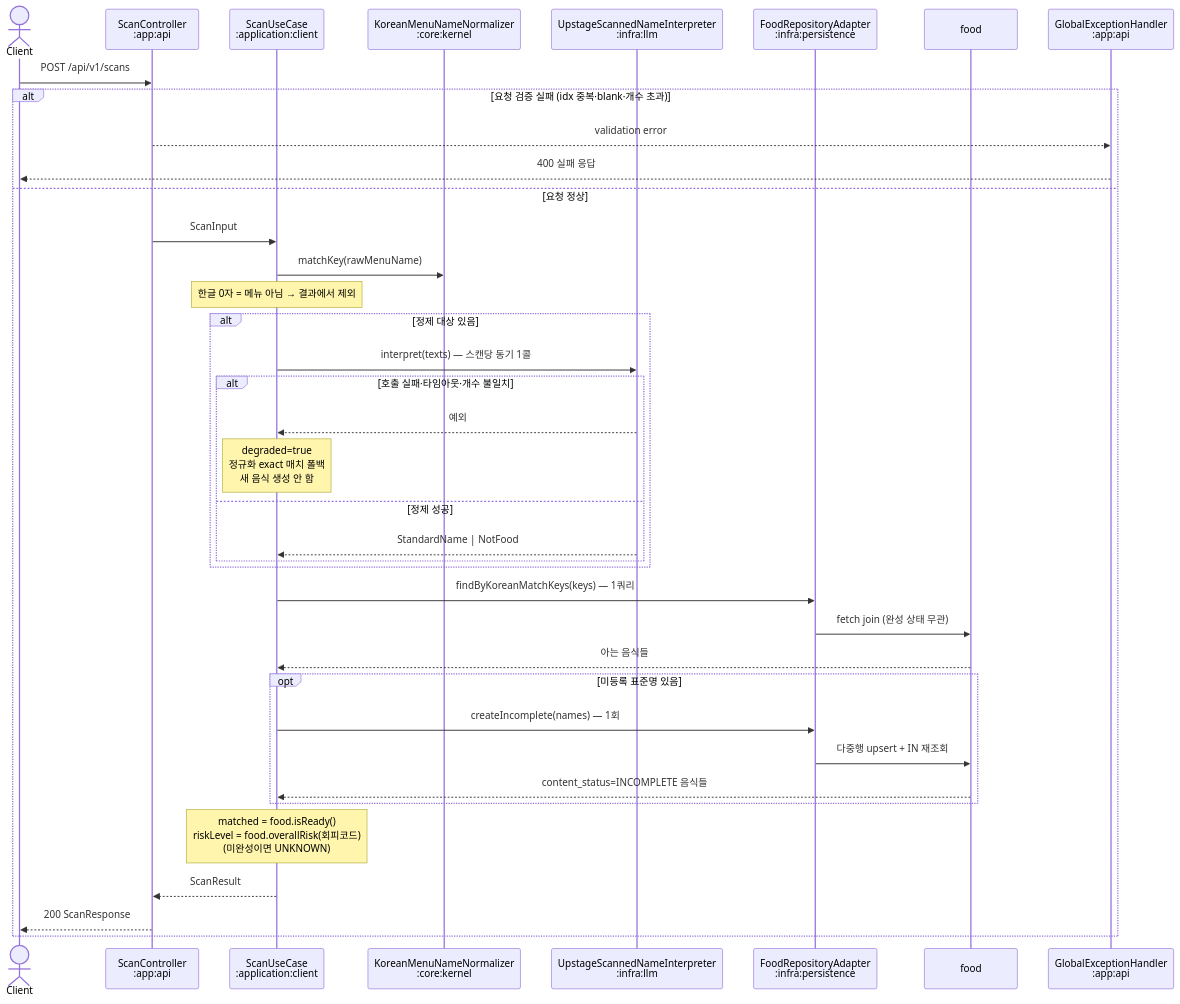
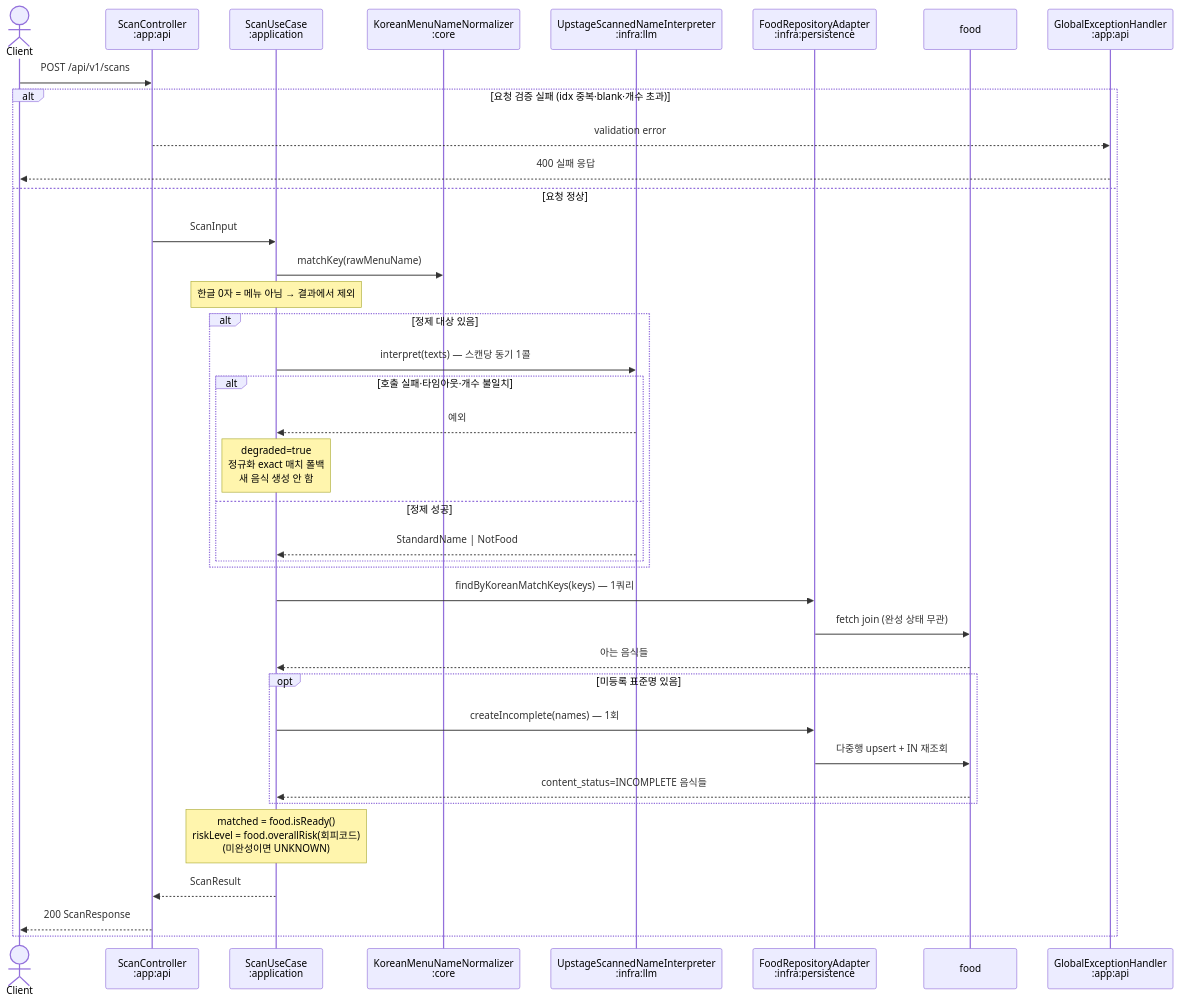
Before and after one commit to team-skyjs/kbap-server: the third of 3 diagrams in docs/architecture/api-request-flows.md, drawn with Mermaid. The commit also changed other lines of this file and 597 other files, not shown here.

First line of the commit message:
refactor(architecture): persistence 해체·port 폐기·연관관계 제거 + 프로젝트 kbap 리네임 (#54)

````diff
--- a/docs/architecture/api-request-flows.md
+++ b/docs/architecture/api-request-flows.md
@@ -106,45 +106,45 @@
 ```mermaid
 sequenceDiagram
     actor Client
     participant Controller as ScanController<br/>:app:api
-    participant UseCase as ScanUseCase<br/>:application:client
-    participant Kernel as KoreanMenuNameNormalizer<br/>:core:kernel
+    participant UseCase as ScanUseCase<br/>:application
+    participant Kernel as KoreanMenuNameNormalizer<br/>:core
     participant Llm as UpstageScannedNameInterpreter<br/>:infra:llm
     participant Persistence as FoodRepositoryAdapter<br/>:infra:persistence
     participant DB as food
     participant Error as GlobalExceptionHandler<br/>:app:api
 
     Client->>Controller: POST /api/v1/scans
     alt 요청 검증 실패 (idx 중복·blank·개수 초과)
         Controller-->>Error: validation error
         Error-->>Client: 400 실패 응답
     else 요청 정상
         Controller->>UseCase: ScanInput
         UseCase->>Kernel: matchKey(rawMenuName)
         Note over UseCase: 한글 0자 = 메뉴 아님 → 결과에서 제외
 
         alt 정제 대상 있음
             UseCase->>Llm: interpret(texts) — 스캔당 동기 1콜
             alt 호출 실패·타임아웃·개수 불일치
                 Llm-->>UseCase: 예외
                 Note over UseCase: degraded=true<br/>정규화 exact 매치 폴백<br/>새 음식 생성 안 함
             else 정제 성공
                 Llm-->>UseCase: StandardName | NotFood
             end
         end
 
         UseCase->>Persistence: findByKoreanMatchKeys(keys) — 1쿼리
         Persistence->>DB: fetch join (완성 상태 무관)
         DB-->>UseCase: 아는 음식들
 
         opt 미등록 표준명 있음
             UseCase->>Persistence: createIncomplete(names) — 1회
             Persistence->>DB: 다중행 upsert + IN 재조회
             DB-->>UseCase: content_status=INCOMPLETE 음식들
         end
 
         Note over UseCase: matched = food.isReady()<br/>riskLevel = food.overallRisk(회피코드)<br/>(미완성이면 UNKNOWN)
         UseCase-->>Controller: ScanResult
         Controller-->>Client: 200 ScanResponse
     end
 ```
````
